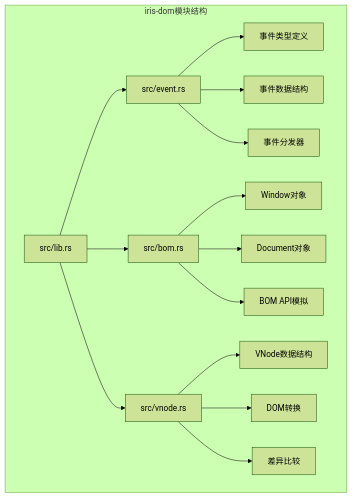
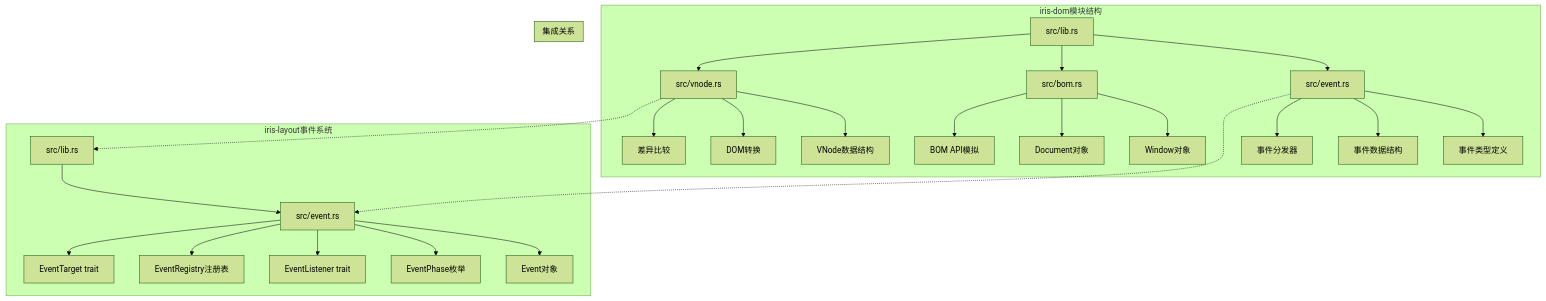
Before and after one commit to itszzl-sudo/iris: the first of 9 diagrams in .qoder/repowiki/zh/content/技术架构详解/跨端抽象层/iris-dom事件系统.md, drawn with Mermaid (forest theme). The commit also changed other lines of this file and 8 other files, not shown here.

````diff
--- a/.qoder/repowiki/zh/content/技术架构详解/跨端抽象层/iris-dom事件系统.md
+++ b/.qoder/repowiki/zh/content/技术架构详解/跨端抽象层/iris-dom事件系统.md
@@ -41,17 +55,29 @@
 ```mermaid
 graph TB
 subgraph "iris-dom模块结构"
 A[src/lib.rs] --> B[src/event.rs]
 A --> C[src/bom.rs]
 A --> D[src/vnode.rs]
 B --> E[事件类型定义]
 B --> F[事件数据结构]
 B --> G[事件分发器]
 C --> H[Window对象]
 C --> I[Document对象]
 C --> J[BOM API模拟]
 D --> K[VNode数据结构]
 D --> L[DOM转换]
 D --> M[差异比较]
 end
+subgraph "iris-layout事件系统"
+N[src/lib.rs] --> O[src/event.rs]
+O --> P[Event对象]
+O --> Q[EventPhase枚举]
+O --> R[EventListener trait]
+O --> S[EventRegistry注册表]
+O --> T[EventTarget trait]
+end
+subgraph "集成关系"
+B -.-> O
+D -.-> N
+end
 ```
````
